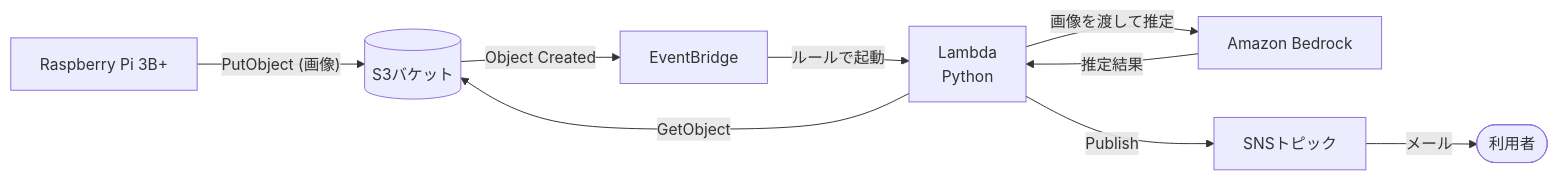
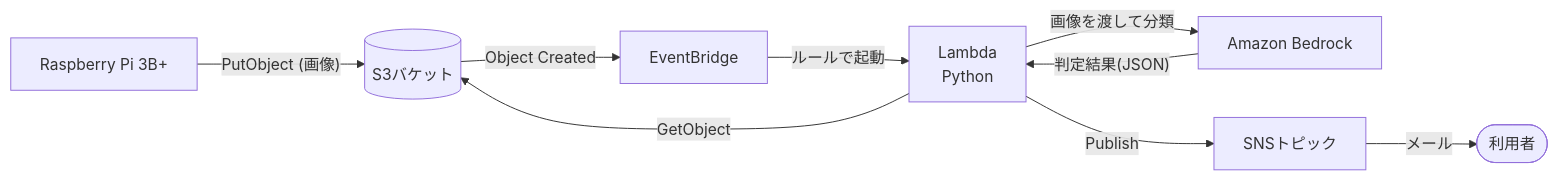
Before and after one commit to HatoriIchigo/poop-detector: the first of 2 diagrams in docs/phase2/design.md, drawn with Mermaid. The commit also changed other lines of this file and 1 other file, not shown here.

````diff
--- a/docs/phase2/design.md
+++ b/docs/phase2/design.md
@@ -38,11 +40,11 @@
 ```mermaid
 flowchart LR
     RPi[Raspberry Pi 3B+] -- "PutObject (画像)" --> S3[(S3バケット)]
     S3 -- "Object Created" --> EB[EventBridge]
     EB -- ルールで起動 --> Lambda[Lambda<br/>Python]
     Lambda -- GetObject --> S3
-    Lambda -- "画像を渡して推定" --> Bedrock[Amazon Bedrock]
-    Bedrock -- 推定結果 --> Lambda
+    Lambda -- "画像を渡して分類" --> Bedrock[Amazon Bedrock]
+    Bedrock -- 判定結果(JSON) --> Lambda
     Lambda -- Publish --> SNS[SNSトピック]
     SNS -- メール --> User([利用者])
 ```
````
